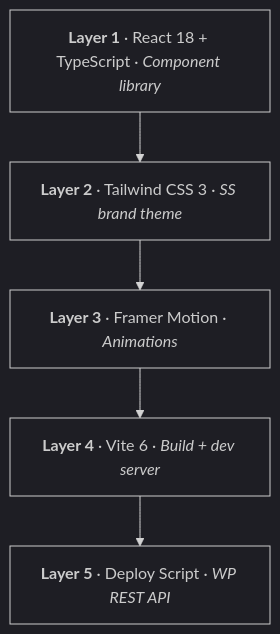
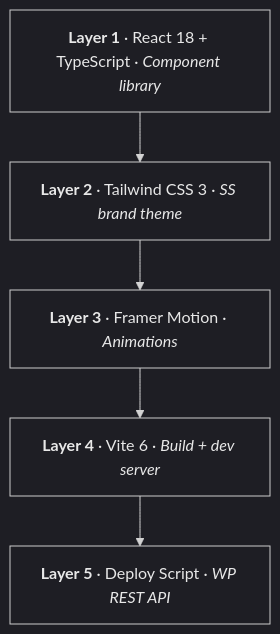
The third of 3 diagrams in README.md (sellersessions/sellersessions-design-system), drawn with Mermaid before and after one commit. The commit also changed other lines of this file and 8 other files, not shown here.

````diff
--- a/README.md
+++ b/README.md
@@ -243,18 +243,18 @@
 ```mermaid
-%%{init: {'theme': 'dark', 'themeVariables': {'clusterBkg': 'transparent', 'clusterBorder': '#8b949e'}}}%%
+%%{init: {'theme': 'dark', 'themeVariables': {'nodeTextColor': '#e8e8e8', 'primaryTextColor': '#e8e8e8', 'secondaryTextColor': '#cccccc', 'tertiaryTextColor': '#cccccc', 'clusterBkg': 'transparent', 'clusterBorder': '#8b949e'}}}%%
 
 flowchart TD
     L1["<b>Layer 1</b> · React 18 + TypeScript · <i>Component library</i>"]
     L2["<b>Layer 2</b> · Tailwind CSS 3 · <i>SS brand theme</i>"]
     L3["<b>Layer 3</b> · Framer Motion · <i>Animations</i>"]
     L4["<b>Layer 4</b> · Vite 6 · <i>Build + dev server</i>"]
     L5["<b>Layer 5</b> · Deploy Script · <i>WP REST API</i>"]
 
     L1 --> L2 --> L3 --> L4 --> L5
 
-    style L1 fill:none,stroke-width:1px
-    style L2 fill:none,stroke-width:1px
-    style L3 fill:none,stroke-width:1px
-    style L4 fill:none,stroke-width:1px
-    style L5 fill:none,stroke-width:1px
+    style L1 fill:none,stroke-width:1px,color:#e8e8e8
+    style L2 fill:none,stroke-width:1px,color:#e8e8e8
+    style L3 fill:none,stroke-width:1px,color:#e8e8e8
+    style L4 fill:none,stroke-width:1px,color:#e8e8e8
+    style L5 fill:none,stroke-width:1px,color:#e8e8e8
 ```
````
